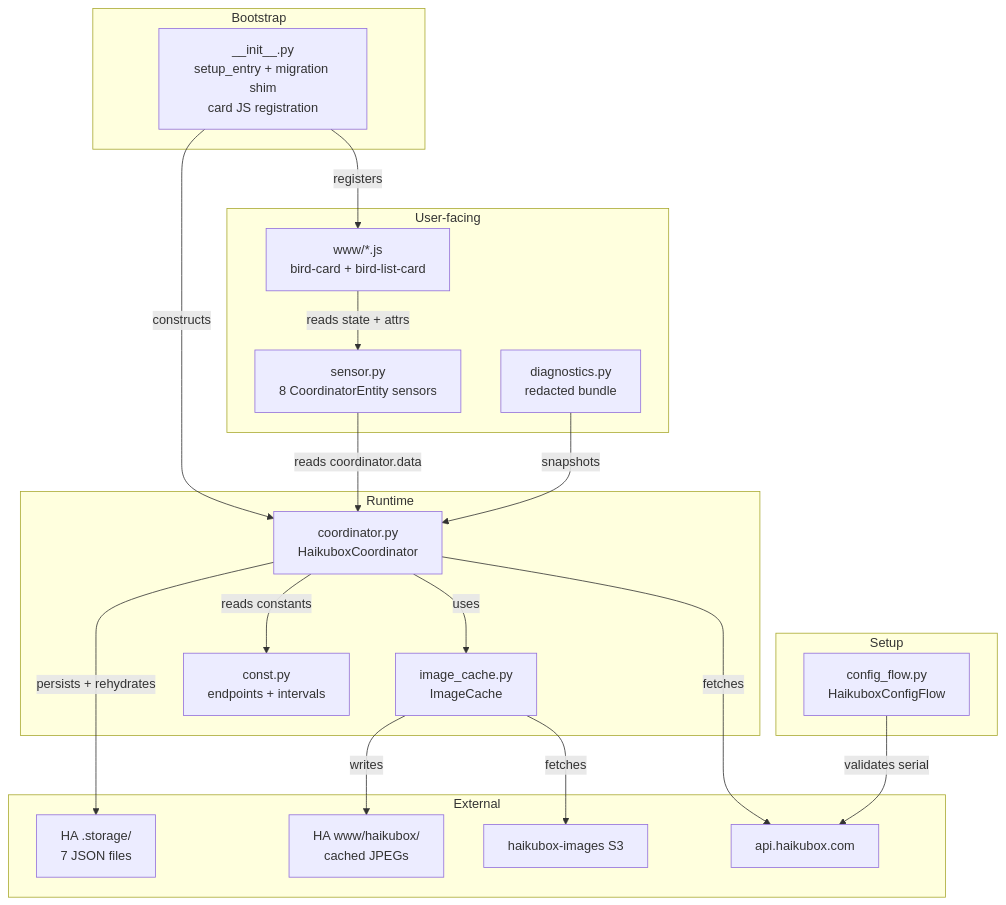
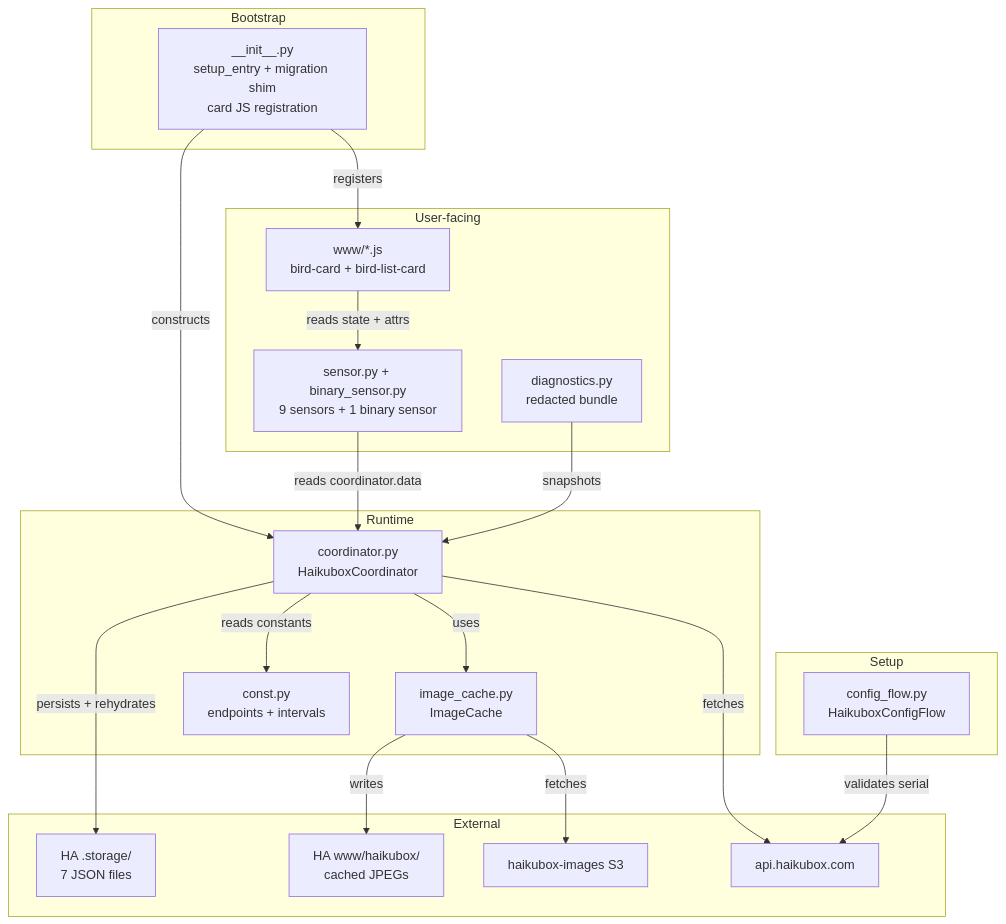
Before and after one commit to eklundjon/ha-haikubox: the first of 3 diagrams in docs/architecture.md, drawn with Mermaid. The commit also changed other lines of this file and 8 other files, not shown here.

First line of the commit message:
Add lifetime-species sensor and extended-silence binary sensor

````diff
--- a/docs/architecture.md
+++ b/docs/architecture.md
@@ -9,42 +9,42 @@
 ```mermaid
 graph TB
     subgraph Setup
         ConfigFlow["config_flow.py<br/>HaikuboxConfigFlow"]
     end
 
     subgraph Bootstrap
         InitMod["__init__.py<br/>setup_entry + migration shim<br/>card JS registration"]
     end
 
     subgraph Runtime
         Coord["coordinator.py<br/>HaikuboxCoordinator"]
         Images["image_cache.py<br/>ImageCache"]
         Const["const.py<br/>endpoints + intervals"]
     end
 
     subgraph User-facing
-        Sensors["sensor.py<br/>8 CoordinatorEntity sensors"]
+        Sensors["sensor.py + binary_sensor.py<br/>9 sensors + 1 binary sensor"]
         Cards["www/*.js<br/>bird-card + bird-list-card"]
         Diag["diagnostics.py<br/>redacted bundle"]
     end
 
     subgraph External
         API["api.haikubox.com"]
         S3["haikubox-images S3"]
         HAStore["HA .storage/<br/>7 JSON files"]
         WWW["HA www/haikubox/<br/>cached JPEGs"]
     end
 
     ConfigFlow -- "validates serial" --> API
     InitMod -- "registers" --> Cards
     InitMod -- "constructs" --> Coord
     Coord -- "fetches" --> API
     Coord -- "uses" --> Images
     Coord -- "reads constants" --> Const
     Coord -- "persists + rehydrates" --> HAStore
     Images -- "fetches" --> S3
     Images -- "writes" --> WWW
     Sensors -- "reads coordinator.data" --> Coord
     Cards -- "reads state + attrs" --> Sensors
     Diag -- "snapshots" --> Coord
 ```
````
